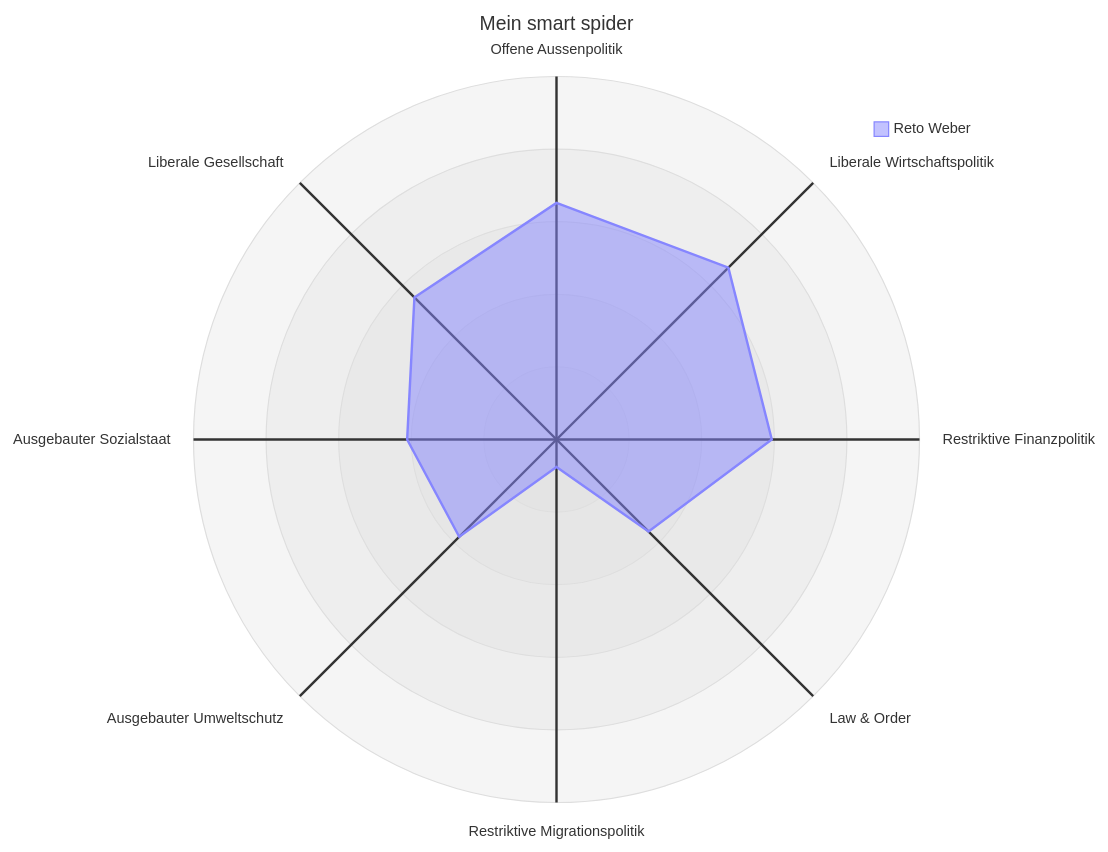
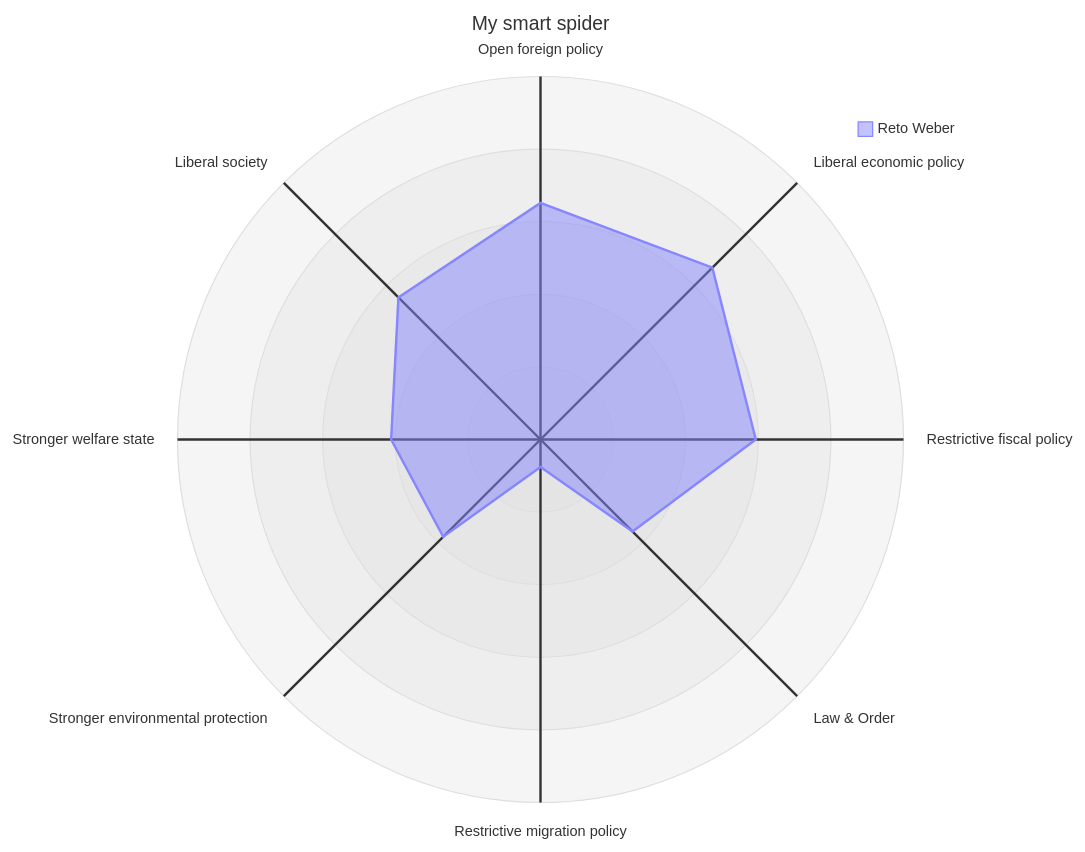
One commit to risajef/risajef.github.io changed the second of 2 diagrams in docs/politik.en.md. Above: the diagram before and after it, drawn with Mermaid. The commit also changed other lines of this file and 48 other files, not shown here.

````diff
--- a/docs/politik.en.md
+++ b/docs/politik.en.md
@@ -47,13 +48,13 @@
 ```mermaid
 ---
 config:
     radar:
         curveTension: 0
 ---
 radar-beta
-    title Mein smart spider
-    axis offAP["Offene Aussenpolitik"], lwP["Liberale Wirtschaftspolitik"], rfP["Restriktive Finanzpolitik"], law["Law & Order"], rmP["Restriktive Migrationspolitik"], euS["Ausgebauter Umweltschutz"], esS["Ausgebauter Sozialstaat"], lgS["Liberale Gesellschaft"]
+    title My smart spider
+    axis offAP["Open foreign policy"], lwP["Liberal economic policy"], rfP["Restrictive fiscal policy"], law["Law & Order"], rmP["Restrictive migration policy"], euS["Stronger environmental protection"], esS["Stronger welfare state"], lgS["Liberal society"]
     curve a["Reto Weber"]{125.125, 128.55, 113.875, 68.875, 14.5, 72.769, 79, 106.277}
     max 192
     min 0
 ```
````
